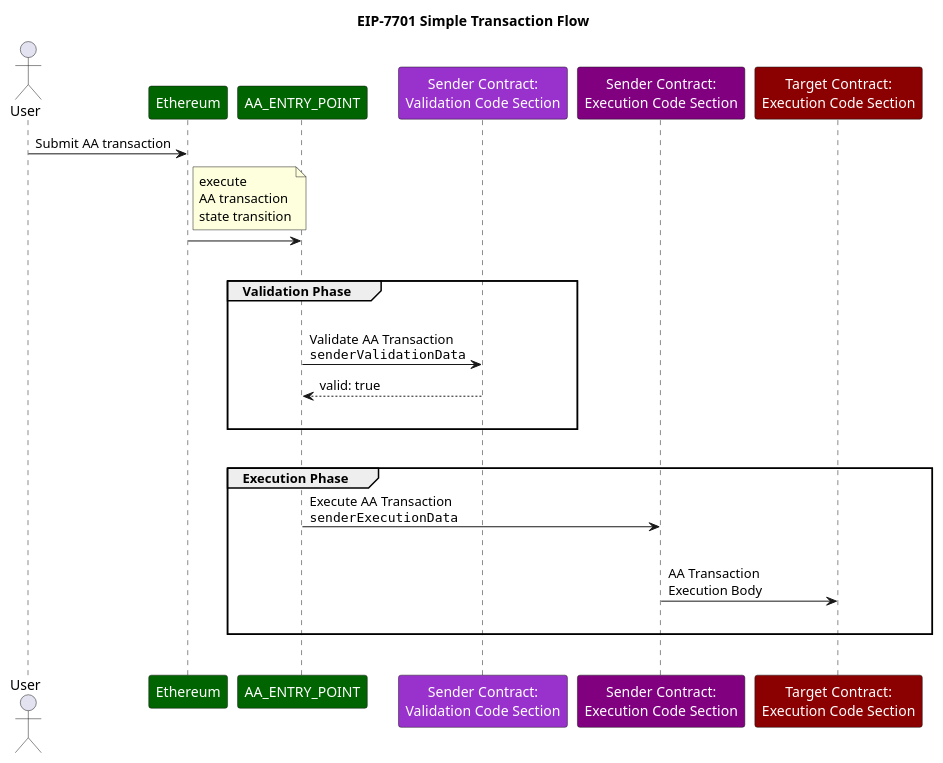
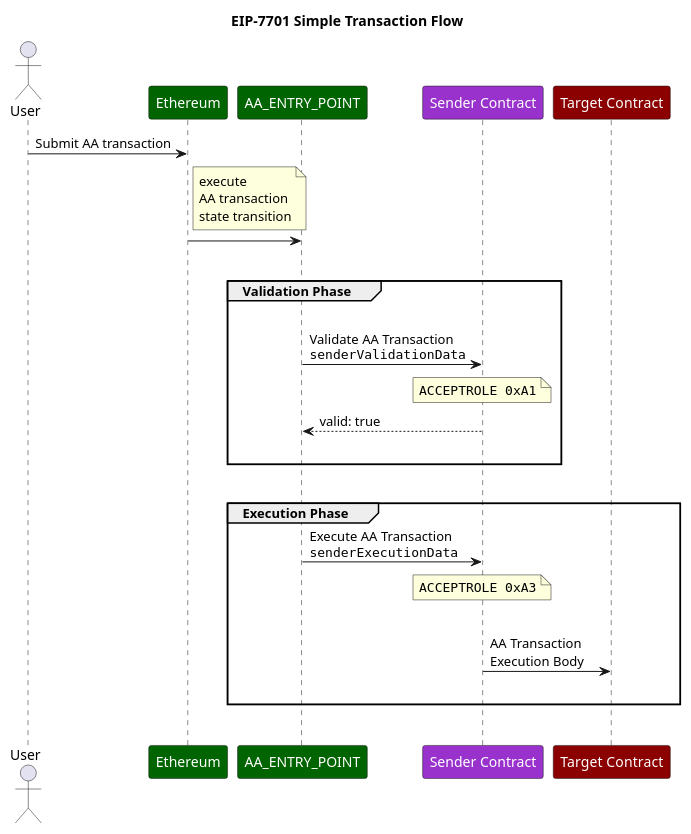
One commit to ethereum/EIPs changed the diagram in assets/eip-7701/simple_flow.md. Above: the diagram before and after it, drawn with PlantUML. The commit also changed 7 other files, not shown here.

````diff
--- a/assets/eip-7701/simple_flow.md
+++ b/assets/eip-7701/simple_flow.md
@@ -1,31 +1,31 @@
 ```plantuml
 title EIP-7701 Simple Transaction Flow
 
 actor "User"
 skinparam participantFontColor automatic
 participant "Ethereum" #darkgreen
 participant "AA_ENTRY_POINT" #darkgreen
-participant "Sender Contract:\nValidation Code Section" as SCVCS #darkorchid
-participant "Sender Contract:\nExecution Code Section" as SCECS #purple
-participant "Target Contract:\nExecution Code Section" as TCECS #darkred
+participant "Sender Contract" #darkorchid
+participant "Target Contract" #darkred
 
 "User" -> "Ethereum": Submit AA transaction
 note right of "Ethereum": execute\nAA transaction\nstate transition
 "Ethereum" -> "AA_ENTRY_POINT":
 |||
 group Validation Phase
 |||
-"AA_ENTRY_POINT"->SCVCS: Validate AA Transaction\n""senderValidationData""
+"AA_ENTRY_POINT"->"Sender Contract": Validate AA Transaction\n""senderValidationData""
+note over "Sender Contract": ""ACCEPTROLE 0xA1""
 return valid: true
 |||
 end
 |||
-
 group Execution Phase
-"AA_ENTRY_POINT"->SCECS: Execute AA Transaction\n""senderExecutionData""
+"AA_ENTRY_POINT"->"Sender Contract": Execute AA Transaction\n""senderExecutionData""
+note over "Sender Contract": ""ACCEPTROLE 0xA3""
 |||
-SCECS->TCECS: AA Transaction\nExecution Body
+"Sender Contract"->"Target Contract": AA Transaction\nExecution Body
 |||
 end
 |||
 ```
````
